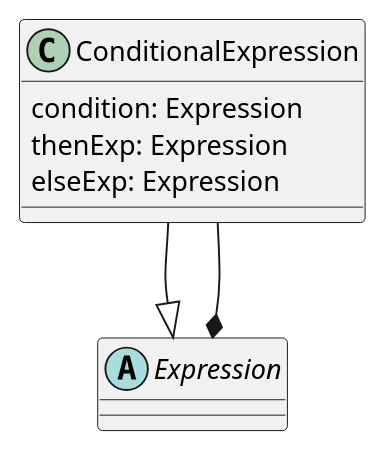
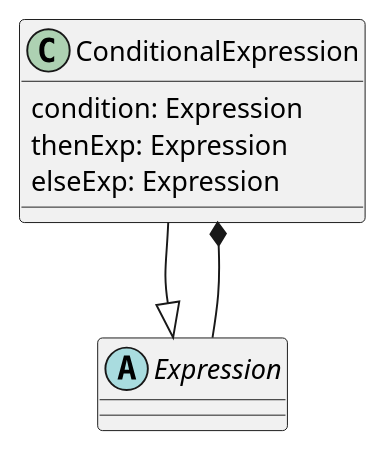
One commit to opengeospatial/styles-and-symbology changed the first of 2 diagrams in core/sections/clause_16_additional_expressions.adoc. Above: the diagram before and after it, drawn with PlantUML. The commit also changed 10 other files, not shown here.

```diff
--- a/core/sections/clause_16_additional_expressions.adoc
+++ b/core/sections/clause_16_additional_expressions.adoc
@@ -20,9 +20,9 @@
 [plantuml, target=diagram-classes, format=png]
 ....
 abstract class Expression
 ConditionalExpression --|> Expression
 ConditionalExpression : condition: Expression
 ConditionalExpression : thenExp: Expression
 ConditionalExpression : elseExp: Expression
-ConditionalExpression --* Expression
+ConditionalExpression *-- Expression
 ....
```
